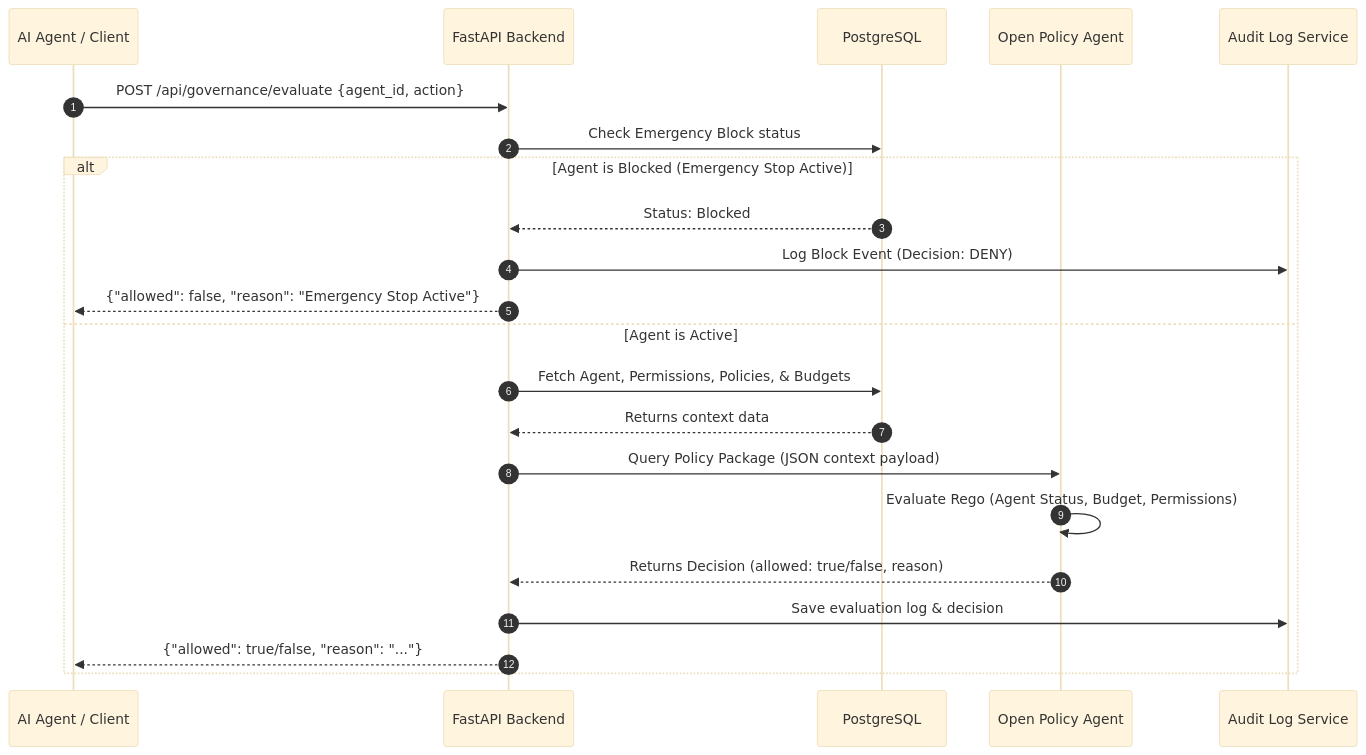
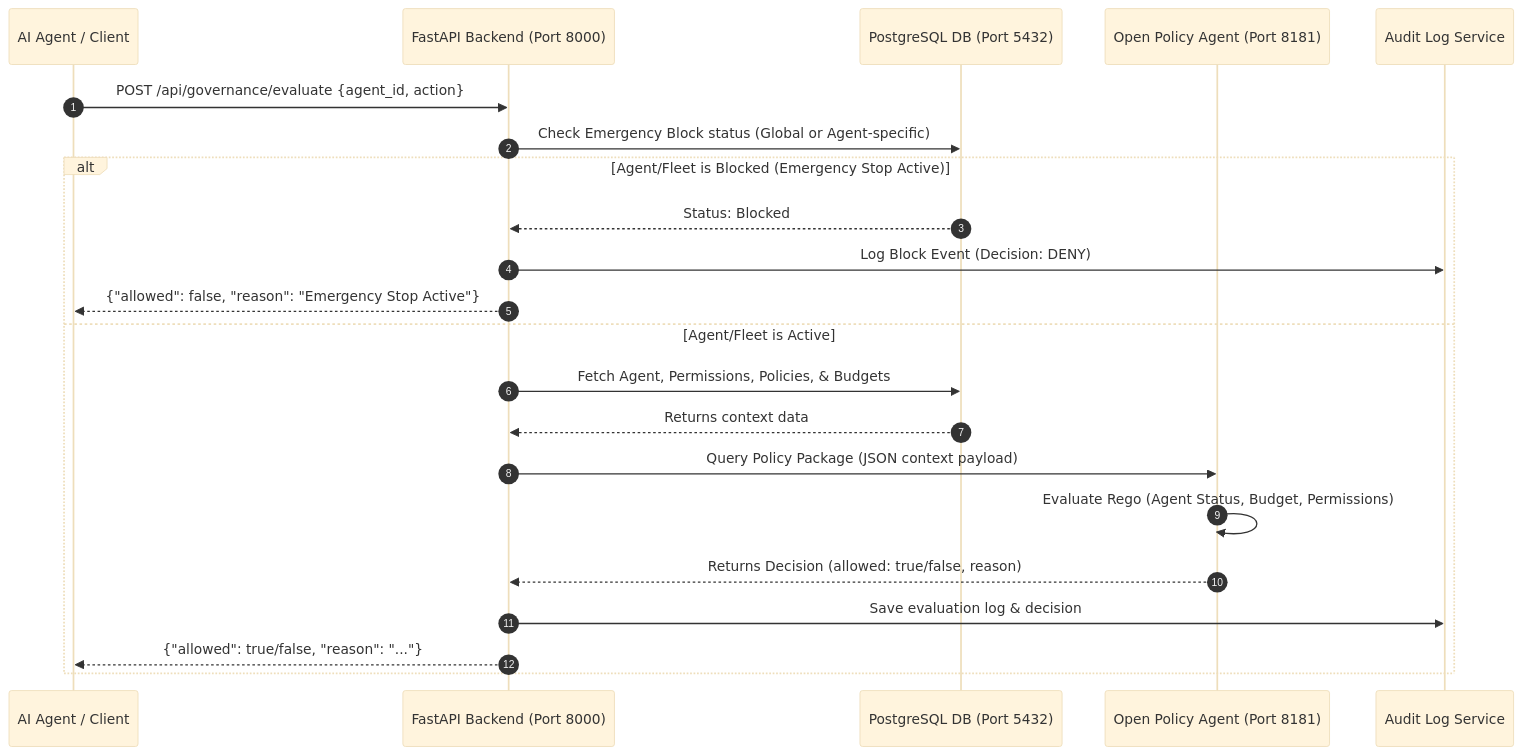
One commit to chandu-108/Governance-AI-agent changed the diagram in README.md. Above: the diagram before and after it, drawn with Mermaid (base theme). The commit also changed other lines of this file and 1 other file, not shown here.

````diff
--- a/README.md
+++ b/README.md
@@ -37,26 +91,26 @@
 ```mermaid
 sequenceDiagram
     autonumber
     participant Agent as AI Agent / Client
-    participant API as FastAPI Backend
-    participant DB as PostgreSQL
-    participant OPA as Open Policy Agent
+    participant API as FastAPI Backend (Port 8000)
+    participant DB as PostgreSQL DB (Port 5432)
+    participant OPA as Open Policy Agent (Port 8181)
     participant Audit as Audit Log Service
 
     Agent->>API: POST /api/governance/evaluate {agent_id, action}
-    API->>DB: Check Emergency Block status
+    API->>DB: Check Emergency Block status (Global or Agent-specific)
     
-    alt Agent is Blocked (Emergency Stop Active)
+    alt Agent/Fleet is Blocked (Emergency Stop Active)
         DB-->>API: Status: Blocked
         API->>Audit: Log Block Event (Decision: DENY)
         API-->>Agent: {"allowed": false, "reason": "Emergency Stop Active"}
-    else Agent is Active
+    else Agent/Fleet is Active
         API->>DB: Fetch Agent, Permissions, Policies, & Budgets
         DB-->>API: Returns context data
         API->>OPA: Query Policy Package (JSON context payload)
         OPA->>OPA: Evaluate Rego (Agent Status, Budget, Permissions)
         OPA-->>API: Returns Decision (allowed: true/false, reason)
         API->>Audit: Save evaluation log & decision
         API-->>Agent: {"allowed": true/false, "reason": "..."}
     end
 ```
````
